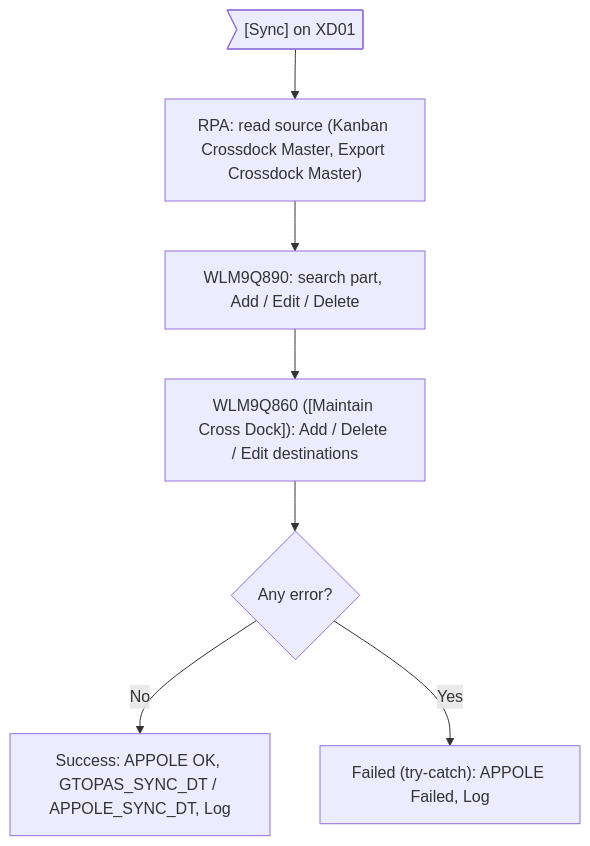
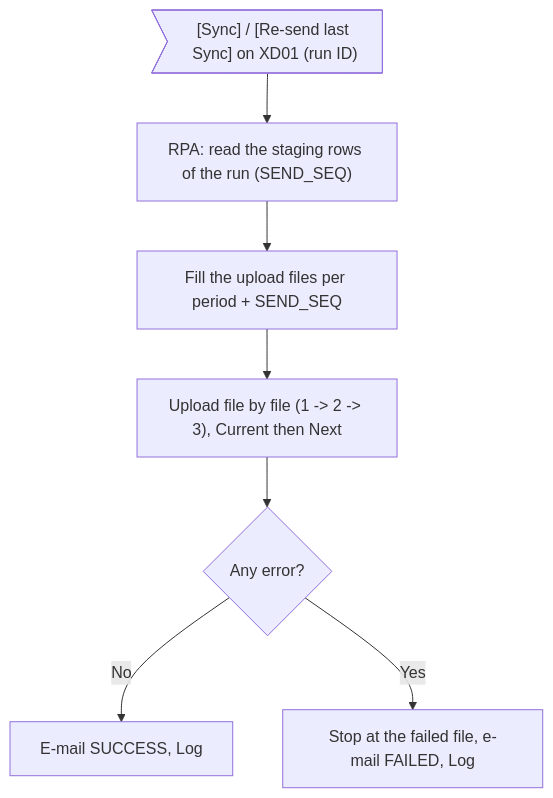
Before and after one commit to ivanrayhannn/crossdockpoc: the first of 2 diagrams in prepare_code/uiss/XD07_Batch_IFCrossDockMasterToAPPOLE.md, drawn with Mermaid. The commit also changed other lines of this file and 28 other files, not shown here.

First line of the commit message:
UISS XD01-XD03, XD05-XD07: sync with TB_H_PART_CANDIDATE_STG_SYNC (no sync column on the master, SEND_SEQ upload files, GTOPAS by status + period); ERD, DB Structure, UR summary and Function Summary

````diff
--- a/prepare_code/uiss/XD07_Batch_IFCrossDockMasterToAPPOLE.md
+++ b/prepare_code/uiss/XD07_Batch_IFCrossDockMasterToAPPOLE.md
@@ -34,16 +35,16 @@
 ```mermaid
 flowchart TB
-  a>"[Sync] on XD01"]
-  b["RPA: read source (Kanban Crossdock Master, Export Crossdock Master)"]
-  c["WLM9Q890: search part, Add / Edit / Delete"]
-  d["WLM9Q860 ([Maintain Cross Dock]): Add / Delete / Edit destinations"]
+  a>"[Sync] / [Re-send last Sync] on XD01 (run ID)"]
+  b["RPA: read the staging rows of the run (SEND_SEQ)"]
+  c["Fill the upload files per period + SEND_SEQ"]
+  d["Upload file by file (1 -> 2 -> 3), Current then Next"]
   e{"Any error?"}
-  f["Success: APPOLE OK, GTOPAS_SYNC_DT / APPOLE_SYNC_DT, Log"]
-  h["Failed (try-catch): APPOLE Failed, Log"]
+  f["E-mail SUCCESS, Log"]
+  h["Stop at the failed file, e-mail FAILED, Log"]
   a --> b
   b --> c
   c --> d
   d --> e
   e -->|No| f
   e -->|Yes| h
 ```
````
